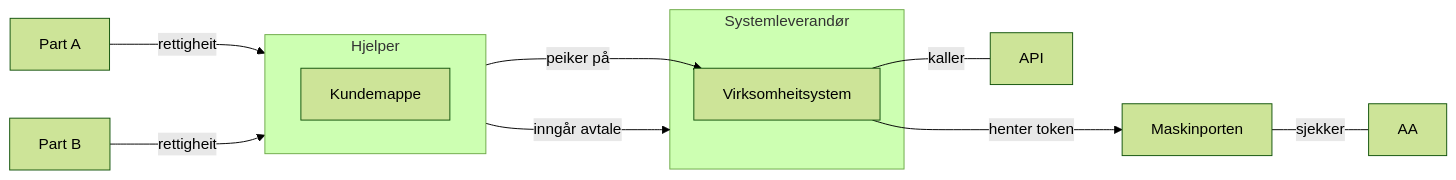
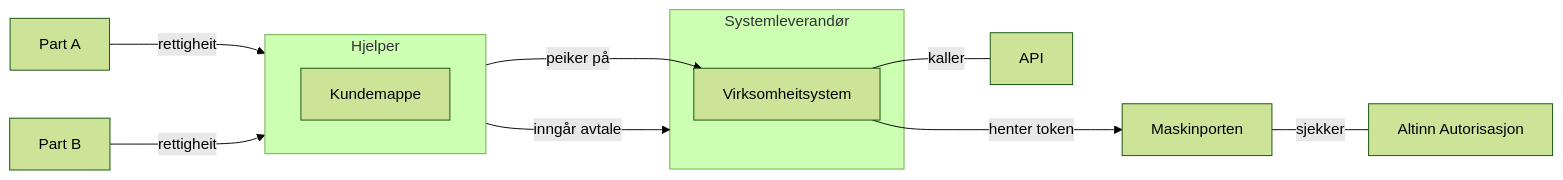
Before and after one commit to joergenb/oauth: the diagram in virksys.md, drawn with Mermaid (forest theme). The commit also changed other lines of this file, not shown here.

````diff
--- a/virksys.md
+++ b/virksys.md
@@ -9,31 +9,33 @@
 ```mermaid
 graph LR;
 
     direction RL
 
    PA[Part A]
    PB[Part B]
 
     subgraph H [Hjelper]
         direction RL
         m[Kundemappe]
     end
     subgraph SL [Systemleverandør]
        VS[Virksomheitsystem]
     end
 
   MP[Maskinporten]
   API[API]
+  AA[Altinn Autorisasjon]
+  
   PA --->|rettigheit|m
   PB --->|rettigheit|m
 
   H --->|inngår avtale|SL
 
   m --->|peiker på|VS
 
   VS --->|henter token|MP
   MP ---|sjekker|AA
 
   VS ---|kaller|API
 
 ```
````
